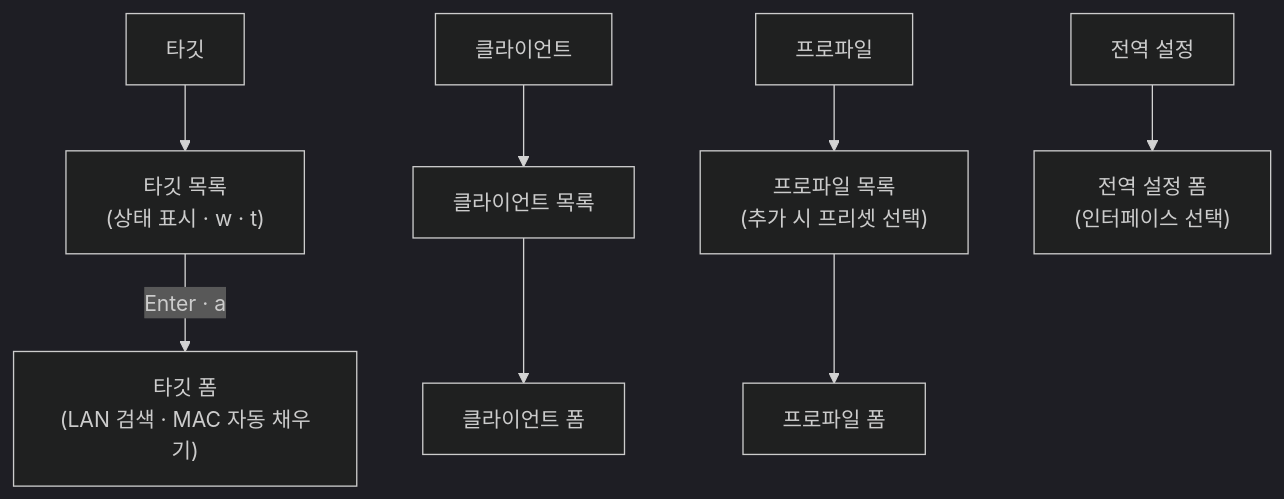
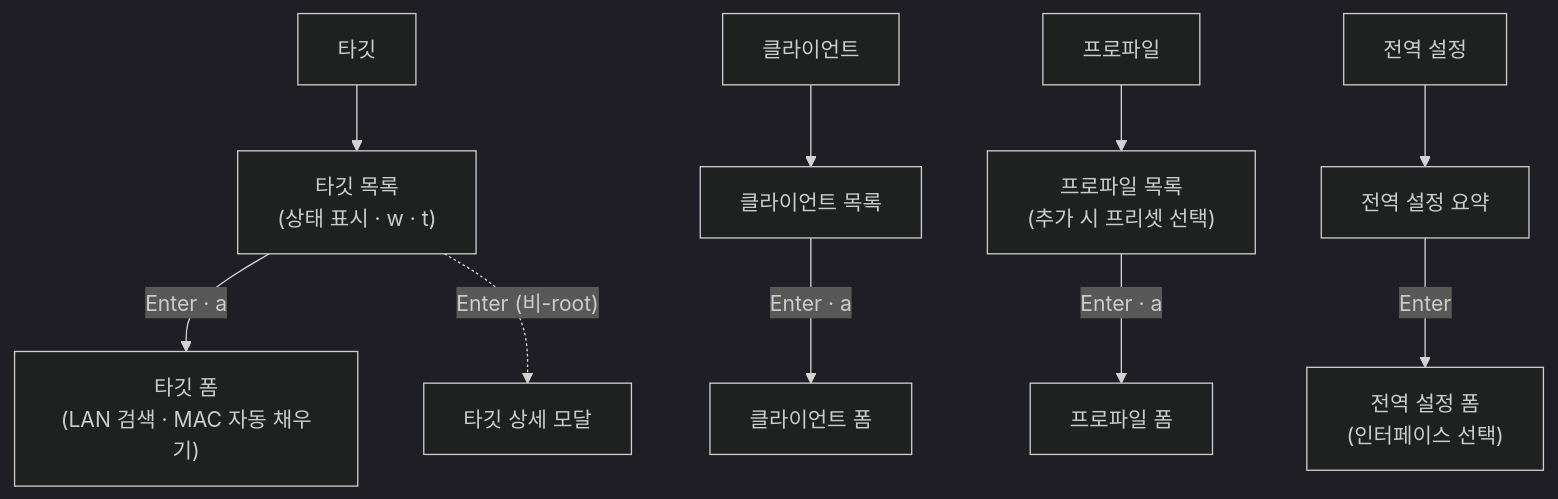
One commit to MoonSunMoor/wakeupProxy changed the diagram in docs/02-TUI명세.md. Above: the diagram before and after it, drawn with Mermaid (dark theme). The commit also changed other lines of this file and 17 other files, not shown here.

````diff
--- a/docs/02-TUI명세.md
+++ b/docs/02-TUI명세.md
@@ -11,10 +11,12 @@
 ```mermaid
 flowchart TB
   T1[타깃] --> L1["타깃 목록<br/>(상태 표시 · w · t)"]
   L1 -- "Enter · a" --> F1["타깃 폼<br/>(LAN 검색 · MAC 자동 채우기)"]
+  L1 -. "Enter (비-root)" .-> D1[타깃 상세 모달]
   T2[클라이언트] --> L2[클라이언트 목록]
-  L2 --> F2[클라이언트 폼]
+  L2 -- "Enter · a" --> F2[클라이언트 폼]
   T3[프로파일] --> L3["프로파일 목록<br/>(추가 시 프리셋 선택)"]
-  L3 --> F3[프로파일 폼]
-  T4[전역 설정] --> F4["전역 설정 폼<br/>(인터페이스 선택)"]
+  L3 -- "Enter · a" --> F3[프로파일 폼]
+  T4[전역 설정] --> L4[전역 설정 요약]
+  L4 -- Enter --> F4["전역 설정 폼<br/>(인터페이스 선택)"]
 ```
````
